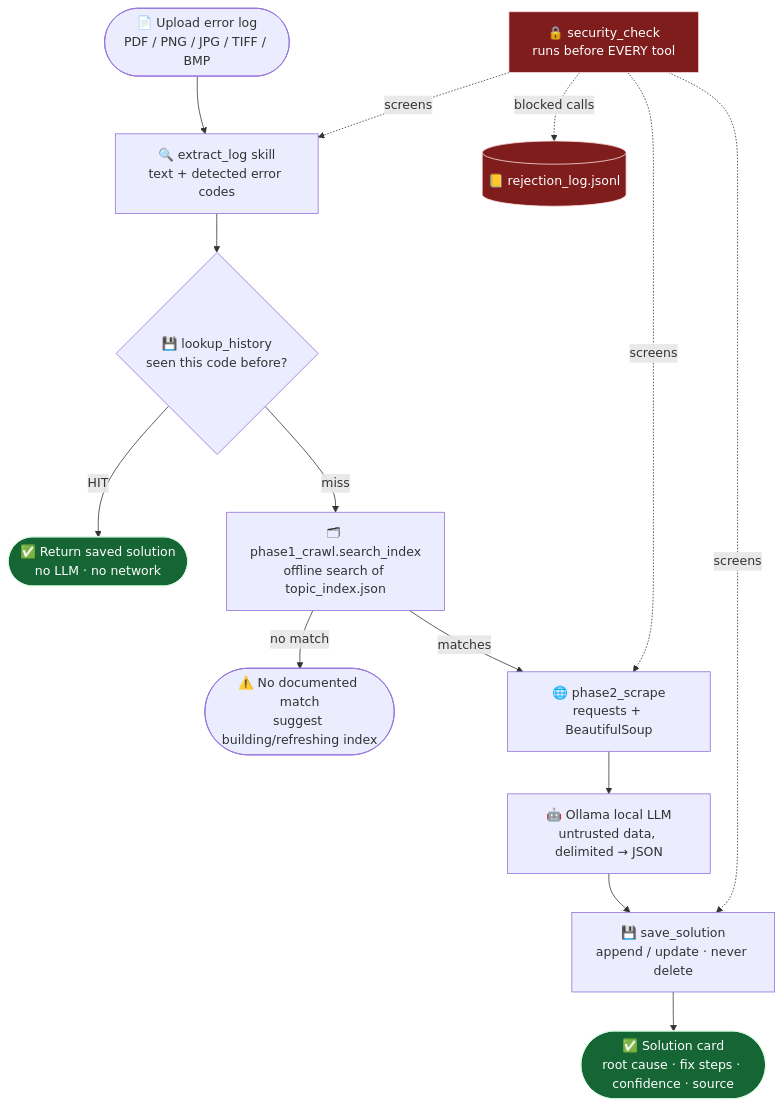
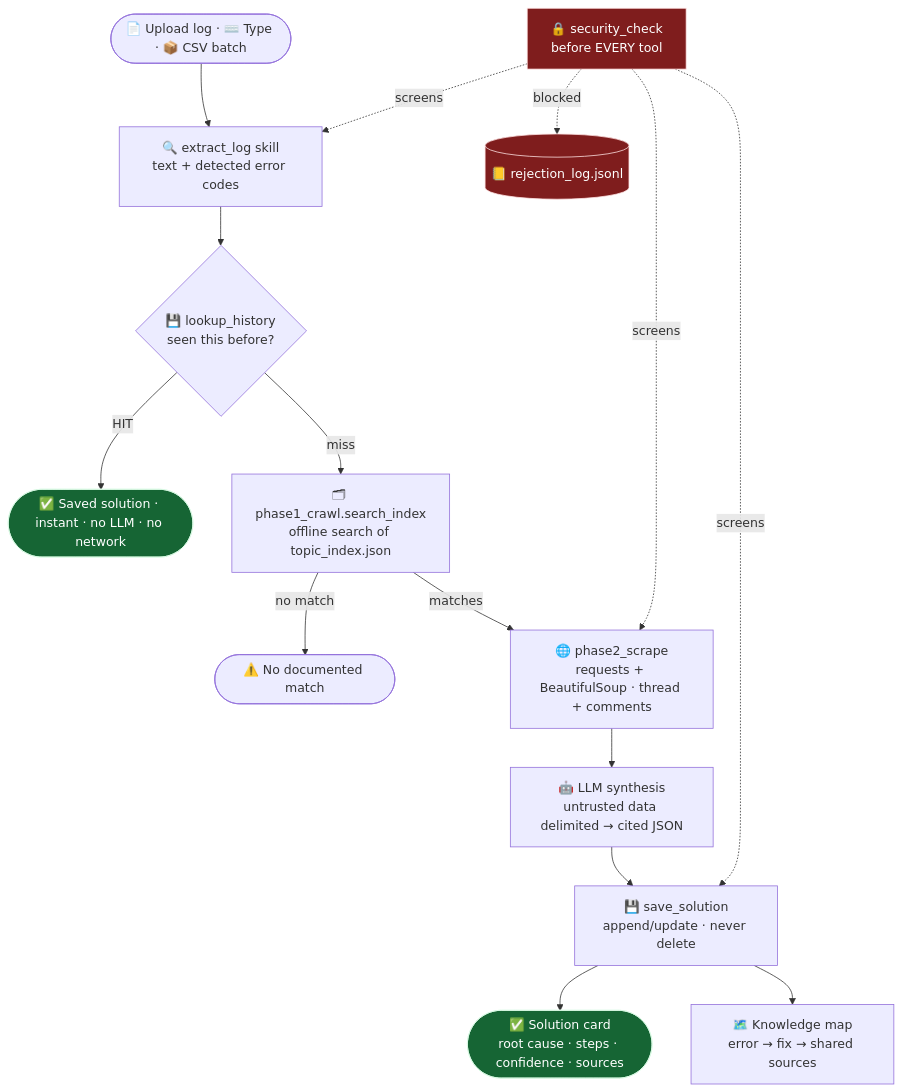
One commit to novoha/rootiq changed the first of 3 diagrams in README.md. Above: the diagram before and after it, drawn with Mermaid. The commit also changed other lines of this file, not shown here.

First line of the commit message:
Rewrite README for the assignment: deliverables map, security, diagrams

````diff
--- a/README.md
+++ b/README.md
@@ -87,22 +92,23 @@
 ```mermaid
 flowchart TD
-    A([📄 Upload error log<br/>PDF / PNG / JPG / TIFF / BMP]) --> B[🔍 extract_log skill<br/>text + detected error codes]
-    B --> C{💾 lookup_history<br/>seen this code before?}
-    C -- HIT --> R([✅ Return saved solution<br/>no LLM · no network])
+    A([📄 Upload log · ⌨️ Type · 📦 CSV batch]) --> B[🔍 extract_log skill<br/>text + detected error codes]
+    B --> C{💾 lookup_history<br/>seen this before?}
+    C -- HIT --> R([✅ Saved solution · instant · no LLM · no network])
     C -- miss --> D[🗂 phase1_crawl.search_index<br/>offline search of topic_index.json]
-    D -- no match --> N([⚠️ No documented match<br/>suggest building/refreshing index])
-    D -- matches --> E[🌐 phase2_scrape<br/>requests + BeautifulSoup]
-    E --> F[🤖 Ollama local LLM<br/>untrusted data, delimited → JSON]
-    F --> G[💾 save_solution<br/>append / update · never delete]
-    G --> R2([✅ Solution card<br/>root cause · fix steps · confidence · source])
+    D -- no match --> N([⚠️ No documented match])
+    D -- matches --> E[🌐 phase2_scrape<br/>requests + BeautifulSoup · thread + comments]
+    E --> F[🤖 LLM synthesis<br/>untrusted data delimited → cited JSON]
+    F --> G[💾 save_solution<br/>append/update · never delete]
+    G --> R2([✅ Solution card<br/>root cause · steps · confidence · sources])
+    G --> M[🗺️ Knowledge map<br/>error → fix → shared sources]
 
-    SEC[🔒 security_check<br/>runs before EVERY tool] -. screens .-> B
+    SEC[🔒 security_check<br/>before EVERY tool] -. screens .-> B
     SEC -. screens .-> E
     SEC -. screens .-> G
-    SEC -. blocked calls .-> LOG[(📒 rejection_log.jsonl)]
+    SEC -. blocked .-> LOG[(📒 rejection_log.jsonl)]
 
     classDef sec fill:#7f1d1d,stroke:#fee2e2,color:#fff;
     classDef ok fill:#166534,stroke:#dcfce7,color:#fff;
     class SEC,LOG sec;
     class R,R2 ok;
 ```
````
